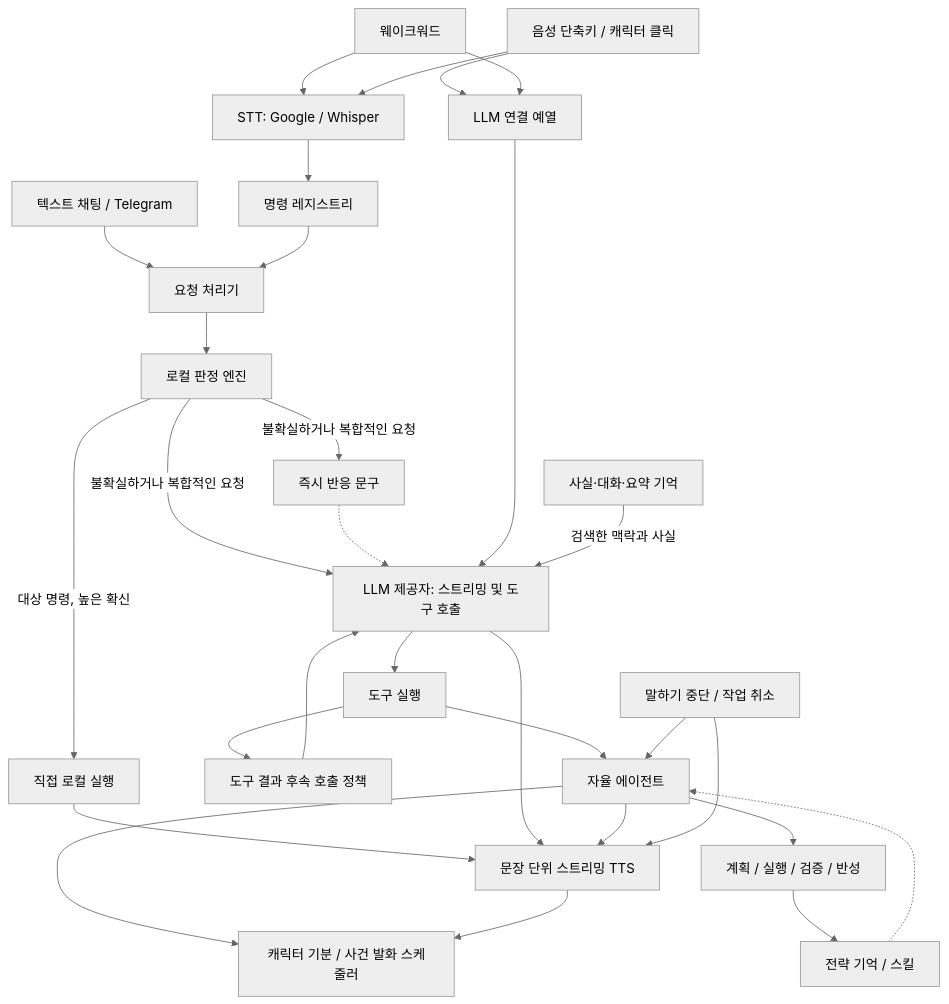
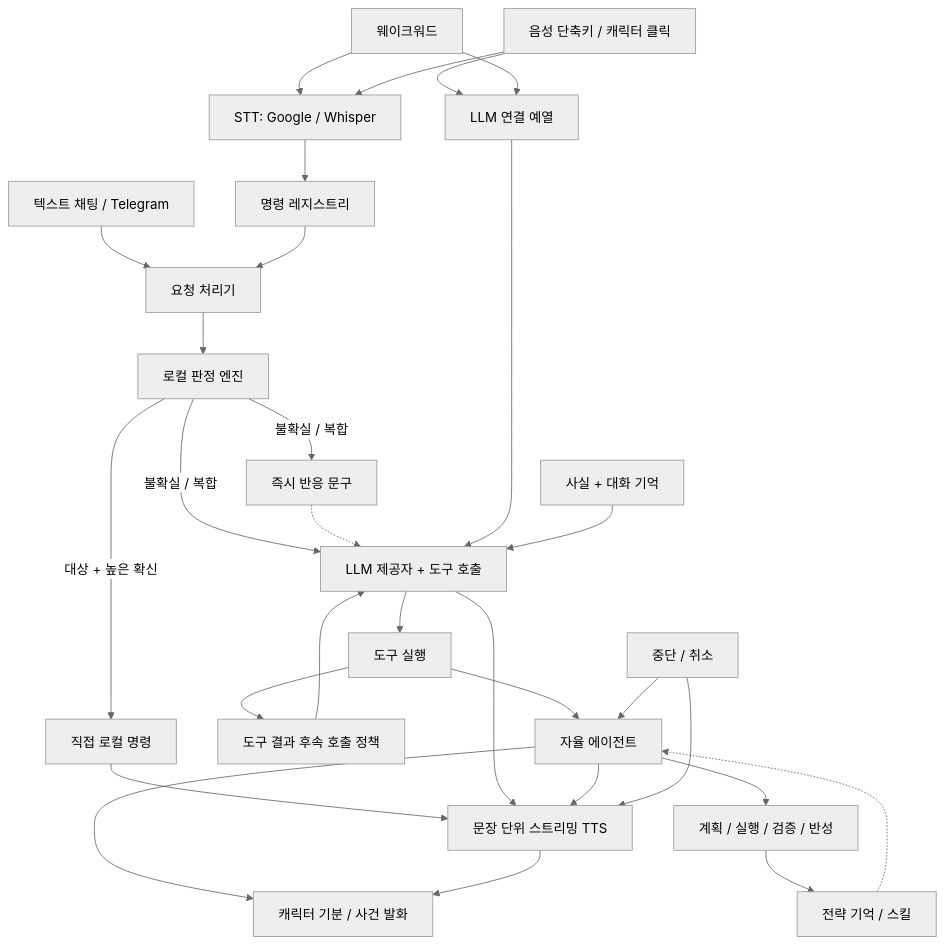
The diagram in README.ko.md (DO0OG/Ari-VoiceCommand), drawn with Mermaid (neutral theme) before and after one commit. The commit also changed other lines of this file and 3 other files, not shown here.

````diff
--- a/README.ko.md
+++ b/README.ko.md
@@ -72,31 +115,31 @@
 ```mermaid
 graph TD
     Wake["웨이크워드"] --> STT["STT: Google / Whisper"]
     Manual["음성 단축키 / 캐릭터 클릭"] --> STT
     Manual --> Warm
     Wake --> Warm["LLM 연결 예열"]
     STT --> Registry["명령 레지스트리"]
     Chat["텍스트 채팅 / Telegram"] --> Handler["요청 처리기"]
     Registry --> Handler
     Handler --> Decision["로컬 판정 엔진"]
-    Decision -- "대상 명령, 높은 확신" --> Fast["직접 로컬 실행"]
-    Decision -- "불확실하거나 복합적인 요청" --> Ack["즉시 반응 문구"]
-    Decision -- "불확실하거나 복합적인 요청" --> LLM["LLM 제공자: 스트리밍 및 도구 호출"]
+    Decision -- "대상 + 높은 확신" --> Fast["직접 로컬 명령"]
+    Decision -- "불확실 / 복합" --> Ack["즉시 반응 문구"]
+    Decision -- "불확실 / 복합" --> LLM["LLM 제공자 + 도구 호출"]
     Ack -.-> LLM
     Warm --> LLM
     LLM --> Tools["도구 실행"]
     Tools --> Policy["도구 결과 후속 호출 정책"]
     Policy --> LLM
-    Memory["사실·대화·요약 기억"] -- "검색한 맥락과 사실" --> LLM
+    Memory["사실 + 대화 기억"] --> LLM
     Tools --> Agent["자율 에이전트"]
     Agent --> Loop["계획 / 실행 / 검증 / 반성"]
     Loop --> Strategy["전략 기억 / 스킬"]
     Strategy -.-> Agent
     Fast --> TTS["문장 단위 스트리밍 TTS"]
     LLM --> TTS
     Agent --> TTS
-    Agent --> Character["캐릭터 기분 / 사건 발화 스케줄러"]
+    Agent --> Character["캐릭터 기분 / 사건 발화"]
     TTS --> Character
-    Stop["말하기 중단 / 작업 취소"] --> TTS
+    Stop["중단 / 취소"] --> TTS
     Stop --> Agent
 ```
````
